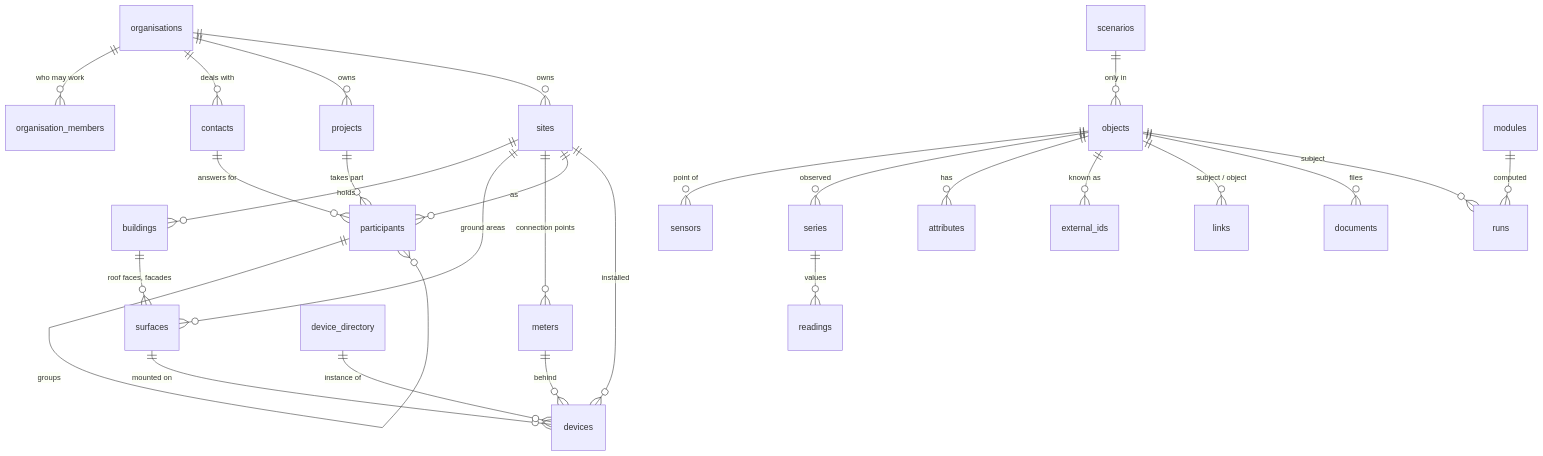
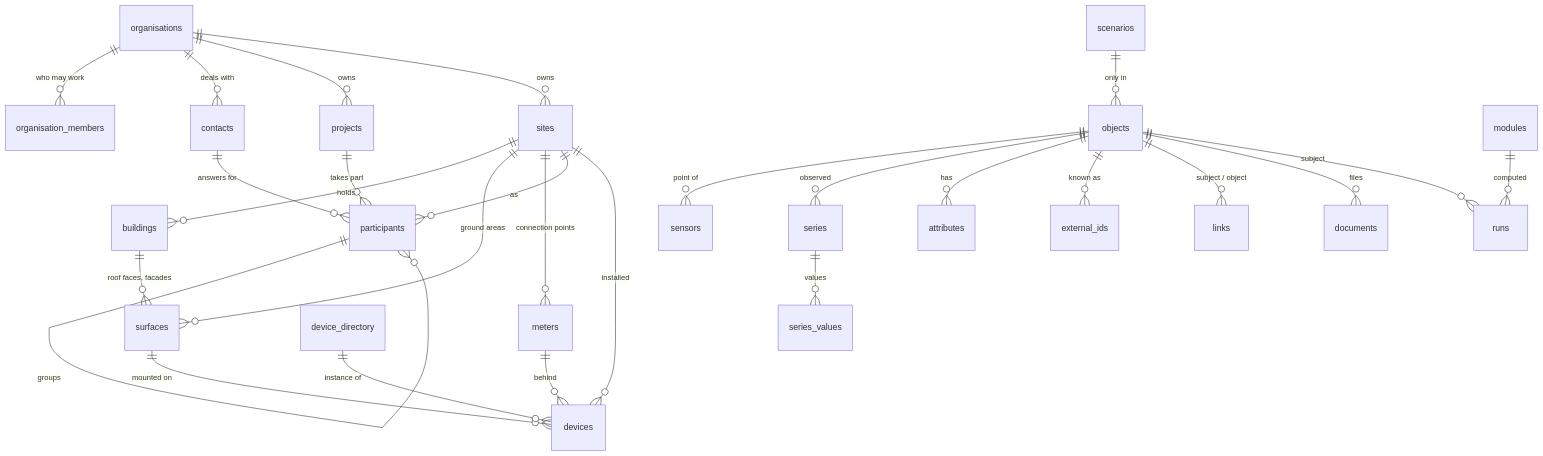
The diagram in docs/model.md (nexgen-os/nexgen-os), drawn with Mermaid before and after one commit. The commit also changed other lines of this file and 6 other files, not shown here.

Commit message:
refactor: one name for time series — series and series_values

````diff
--- a/docs/model.md
+++ b/docs/model.md
@@ -3,29 +3,29 @@
 ```mermaid
 erDiagram
   organisations ||--o{ organisation_members : "who may work"
   organisations ||--o{ contacts : "deals with"
   organisations ||--o{ projects : owns
   organisations ||--o{ sites : owns
   sites ||--o{ buildings : holds
   buildings ||--o{ surfaces : "roof faces, facades"
   sites ||--o{ surfaces : "ground areas"
   sites ||--o{ meters : "connection points"
   projects ||--o{ participants : "takes part"
   sites ||--o{ participants : "as"
   contacts ||--o{ participants : "answers for"
   participants ||--o{ participants : groups
   sites ||--o{ devices : installed
   surfaces ||--o{ devices : "mounted on"
   meters ||--o{ devices : behind
   device_directory ||--o{ devices : "instance of"
   objects ||--o{ sensors : "point of"
   objects ||--o{ series : observed
-  series ||--o{ readings : values
+  series ||--o{ series_values : values
   objects ||--o{ attributes : "has"
   objects ||--o{ external_ids : "known as"
   objects ||--o{ links : "subject / object"
   objects ||--o{ documents : "files"
   objects ||--o{ runs : subject
   scenarios ||--o{ objects : "only in"
   modules ||--o{ runs : computed
 ```
````
